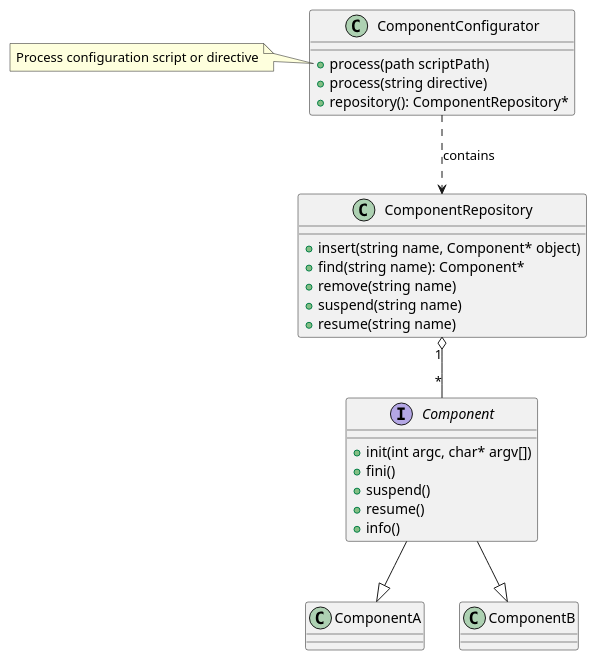
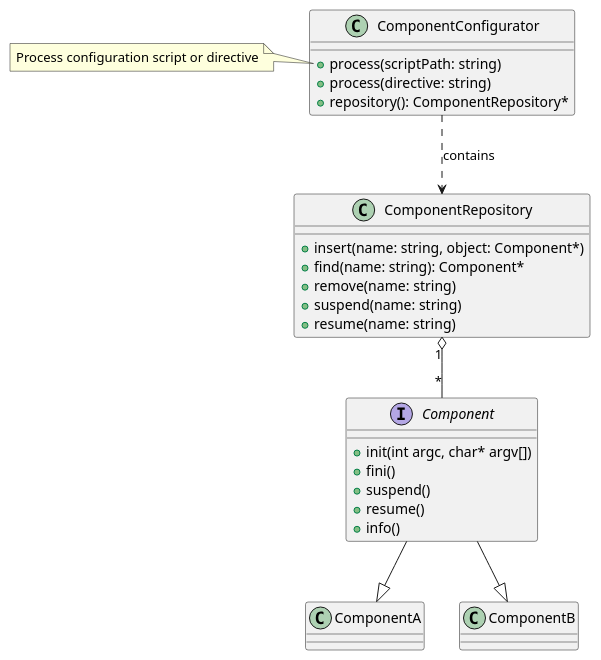
Before and after one commit to denoming/cpp-in-action: the first of 2 diagrams in src/patterns/include/patterns/ComponentConfigurator.md, drawn with PlantUML. The commit also changed other lines of this file and 1 other file, not shown here.

````diff
--- a/src/patterns/include/patterns/ComponentConfigurator.md
+++ b/src/patterns/include/patterns/ComponentConfigurator.md
@@ -30,37 +30,37 @@
 ```plantuml
 @startuml
 
 interface Component {
     +init(int argc, char* argv[])
     +fini()
     +suspend()
     +resume()
     +info()
 }
 
 class ComponentRepository {
-    +insert(string name, Component* object)
-    +find(string name): Component*
-    +remove(string name)
-    +suspend(string name)
-    +resume(string name)
+    +insert(name: string, object: Component*)
+    +find(name: string): Component*
+    +remove(name: string)
+    +suspend(name: string)
+    +resume(name: string)
 }
 
 class ComponentConfigurator {
-    +process(path scriptPath)
-    +process(string directive)
+    +process(scriptPath: string)
+    +process(directive: string)
     +repository(): ComponentRepository*
 }
 
 note left of ComponentConfigurator::process 
 Process configuration script or directive
 end note
 
 ComponentRepository "1" o-- "*" Component
 Component --|> ComponentA 
 Component --|> ComponentB
 
 ComponentConfigurator ..> ComponentRepository : contains
 
 @enduml
 ```
````
